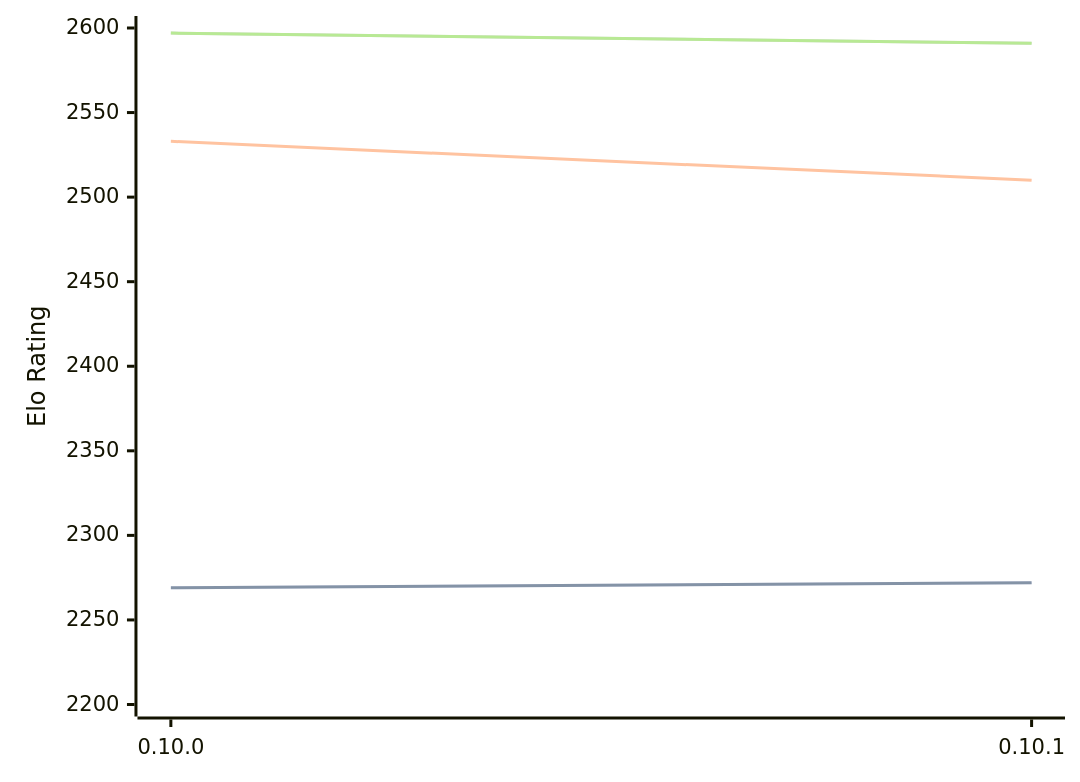
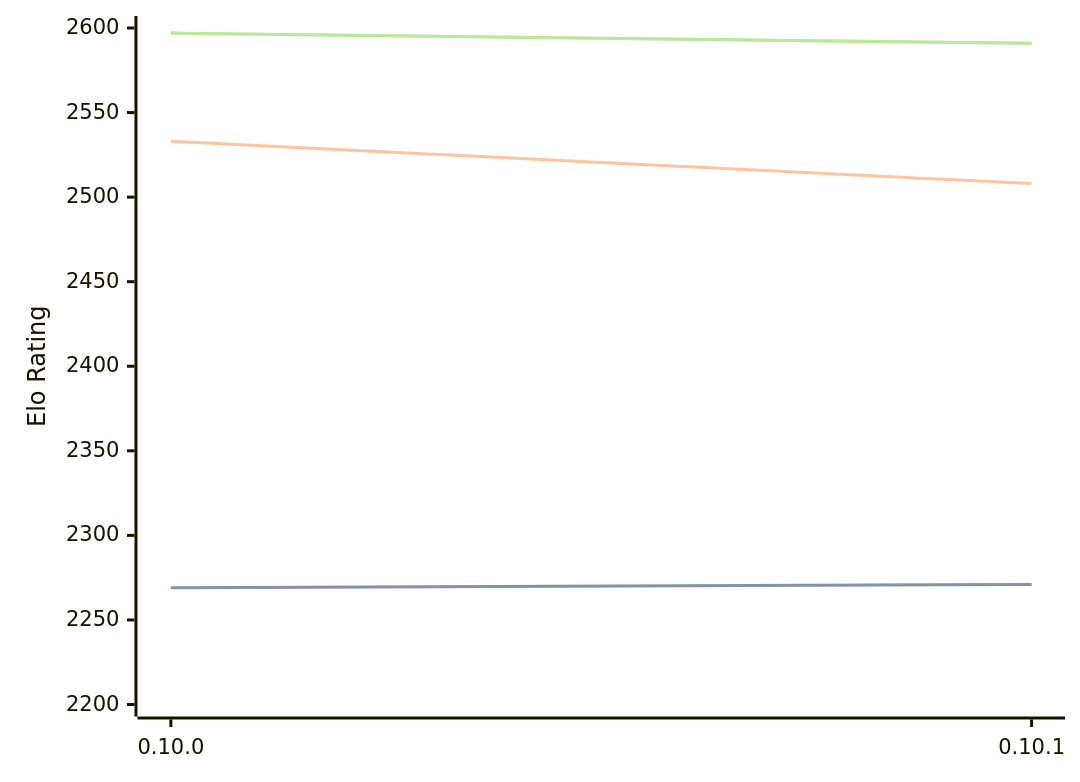
The diagram in engines/Fatalii.md (computer-chess-index/cci), drawn with Mermaid before and after one commit. The commit also changed other lines of this file, not shown here.

````diff
--- a/engines/Fatalii.md
+++ b/engines/Fatalii.md
@@ -32,11 +32,11 @@
 ```mermaid
 %%{init: {"theme":"base","themeVariables":{"seriesColors:['#a3a3a3','#222221','#faa371']}}}%%
 xychart-beta
   x-axis ["0.10.0", "0.10.1"]
   y-axis "Elo Rating" 2200 --> 2600
-  line "STC (8.0+0.08s)" [2269, 2272]
-  line "STC (8.0+0.08s)" [2269, 2272]
-  line "LTC (60.0+0.60s)" [2533, 2510]
+  line "STC (8.0+0.08s)" [2269, 2271]
+  line "STC (8.0+0.08s)" [2269, 2271]
+  line "LTC (60.0+0.60s)" [2533, 2508]
   line "VLTC (2m24s+1.12s)" [2597, 2591]
   line "VLTC (2m24s+1.12s)" [2597, 2591]
 ```
````
